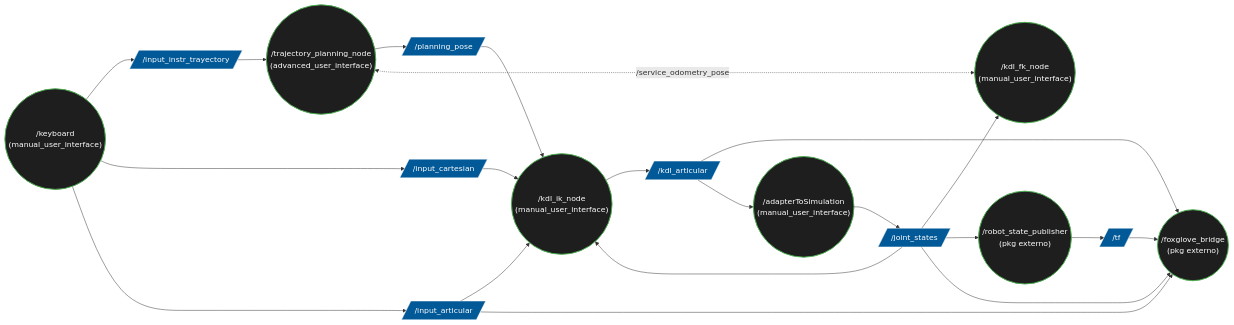
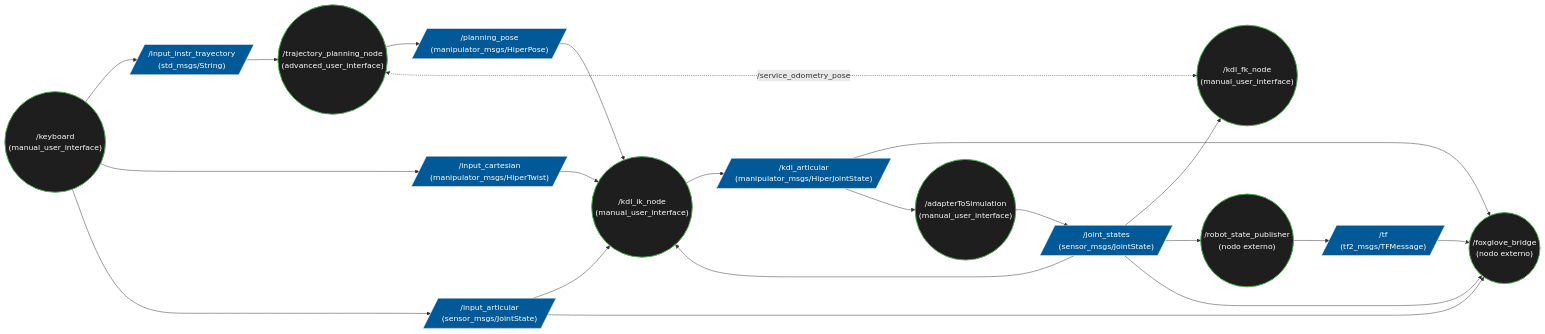
Before and after one commit to chechuu85/manipulator_roborescue: the second of 2 diagrams in src/README.md, drawn with Mermaid. The commit also changed other lines of this file, not shown here.

First line of the commit message:
Enhance README with api_robot and manipulator_msgs details

````diff
--- a/src/README.md
+++ b/src/README.md
@@ -111,65 +150,66 @@
 ```mermaid
 graph LR
     %% Nodos de ROS 2 (Ejecutables)
     KBD(("/keyboard<br/>(manual_user_interface)"))
     TPN(("/trajectory_planning_node<br/>(advanced_user_interface)"))
     KIK(("/kdl_ik_node<br/>(manual_user_interface)"))
     A2S(("/adapterToSimulation<br/>(manual_user_interface)"))
     KFK(("/kdl_fk_node<br/>(manual_user_interface)"))
-    RSP(("/robot_state_publisher<br/>(pkg externo)"))
-    FGB(("/foxglove_bridge<br/>(pkg externo)"))
+    RSP(("/robot_state_publisher<br/>(nodo externo)"))
+    FGB(("/foxglove_bridge<br/>(nodo externo)"))
 
     %% Tópicos de ROS 2 (Mensajes)
-    T_IIT[/"/input_instr_trayectory"/]
-    T_PP[/"/planning_pose"/]
-    T_IC[/"/input_cartesian"/]
-    T_IA[/"/input_articular"/]
-    T_KA[/"/kdl_articular"/]
-    T_JS[/"/joint_states"/]
-    T_TF[/"/tf"/]
+    %% Tópicos de ROS 2 con sus tipos de mensaje o características
+    T_IIT[/"/input_instr_trayectory<br/>(std_msgs/String)"/]
+    T_PP[/"/planning_pose<br/>(manipulator_msgs/HiperPose)"/]
+    T_IC[/"/input_cartesian<br/>(manipulator_msgs/HiperTwist)"/]
+    T_IA[/"/input_articular<br/>(sensor_msgs/JointState)"/]
+    T_KA[/"/kdl_articular<br/>(manipulator_msgs/HiperJointState)"/]
+    T_JS[/"/joint_states<br/>(sensor_msgs/JointState)"/]
+    T_TF[/"/tf<br/>(tf2_msgs/TFMessage)"/]
 
     %% Flujo de Pub/Sub desde el Teclado
     KBD --> T_IIT
     KBD --> T_IC
     KBD --> T_IA
     
     %% Flujo de Planificación de Trayectoria
     T_IIT --> TPN
     TPN --> T_PP
     T_PP --> KIK
     
     %% Flujo de Cinemática Inversa (IK)
     T_IC --> KIK
     T_IA --> KIK
     KIK --> T_KA
     
     %% Bypass directo a Foxglove
     T_IA --> FGB
     T_KA --> FGB
     
     %% Simulación y Estados de las Articulaciones
     T_KA --> A2S
     A2S --> T_JS
     
     %% Distribución del Joint State
     T_JS --> KIK
     T_JS --> KFK
     T_JS --> RSP
     T_JS --> FGB
     
     %% Flujo de TF (Transformaciones)
     RSP --> T_TF
     T_TF --> FGB
 
     %% Conexión de Servicio Solicitada (Service)
     %% Se usa línea punteada para diferenciar los servicios de los tópicos
     KFK <-.->|"/service_odometry_pose"| TPN
 
     %% Estilos (Clases)
     classDef node fill:#1e1e1e,stroke:#4CAF50,stroke-width:2px,color:#fff;
     classDef topic fill:#025997,stroke:#fff,stroke-width:1px,color:#fff;
     
     class KBD,TPN,KIK,A2S,KFK,RSP,FGB node;
     class T_IIT,T_PP,T_IC,T_IA,T_KA,T_JS,T_TF topic;
 
 ```
````
